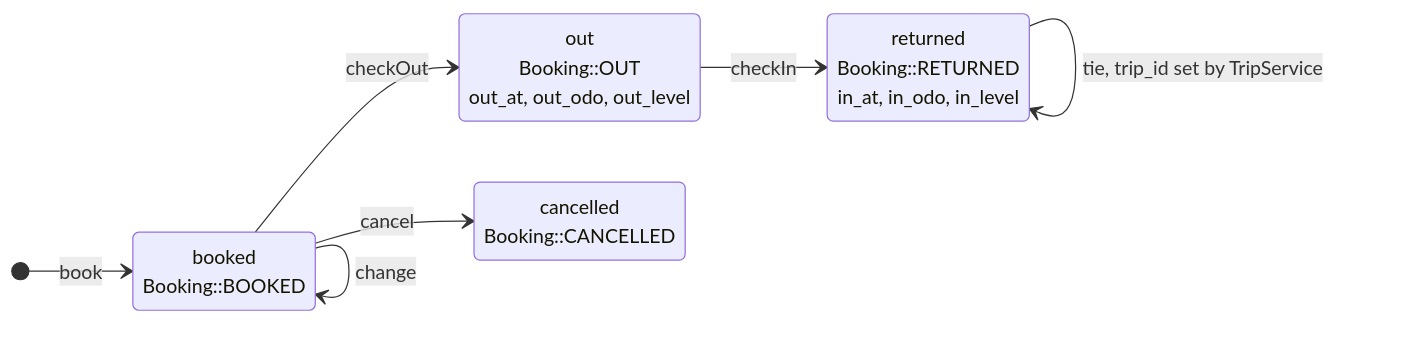
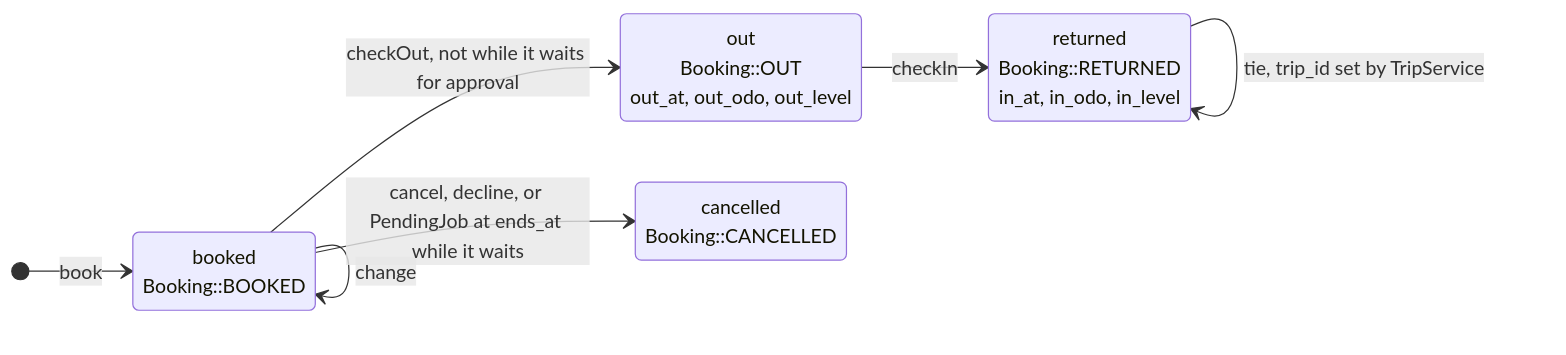
One commit to typical42/next-fleet changed the second of 6 diagrams in docs/design/lifecycles.md. Above: the diagram before and after it, drawn with Mermaid. The commit also changed other lines of this file and 117 other files, not shown here.

````diff
--- a/docs/design/lifecycles.md
+++ b/docs/design/lifecycles.md
@@ -55,14 +55,14 @@
 ```mermaid
 stateDiagram-v2
     direction LR
     state "booked<br/>Booking::BOOKED" as booked
     state "out<br/>Booking::OUT<br/>out_at, out_odo, out_level" as out
     state "returned<br/>Booking::RETURNED<br/>in_at, in_odo, in_level" as returned
     state "cancelled<br/>Booking::CANCELLED" as cancelled
     [*] --> booked : book
     booked --> booked : change
-    booked --> cancelled : cancel
-    booked --> out : checkOut
+    booked --> cancelled : cancel, decline, or PendingJob at ends_at while it waits
+    booked --> out : checkOut, not while it waits for approval
     out --> returned : checkIn
     returned --> returned : tie, trip_id set by TripService
 ```
````
